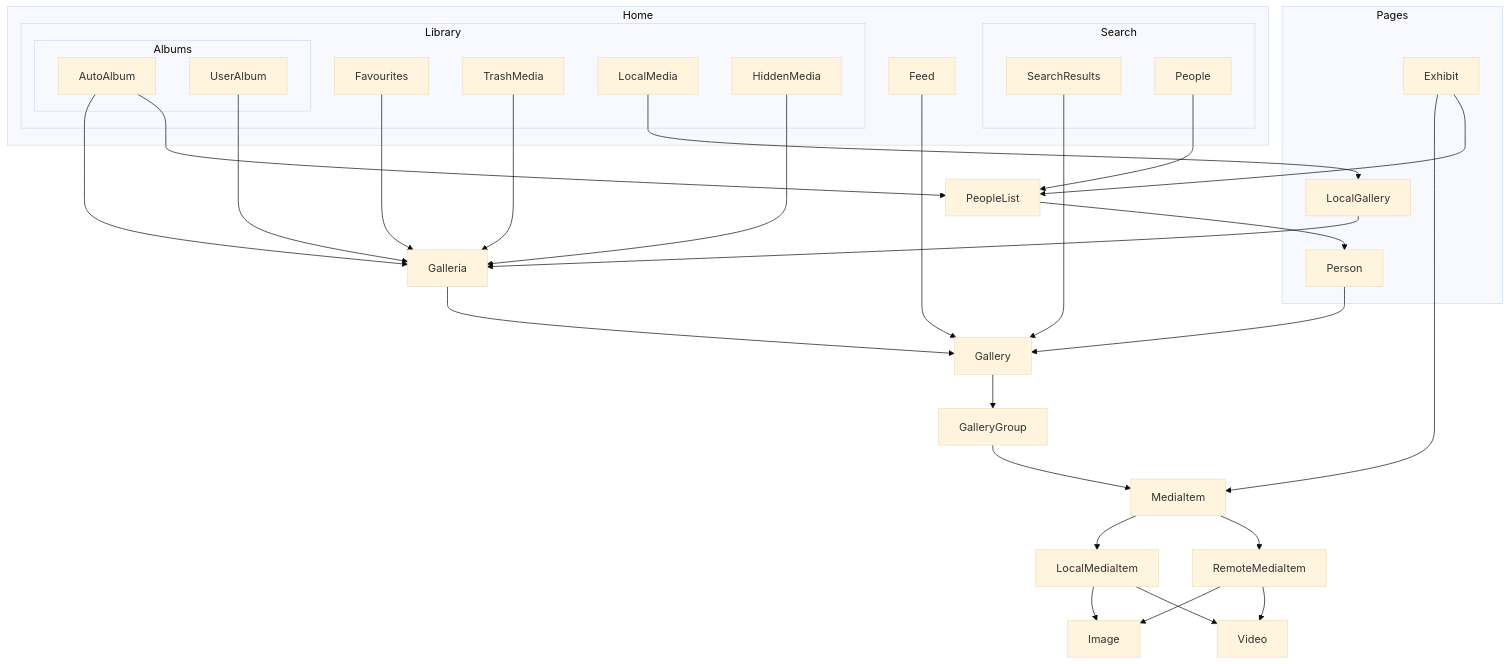
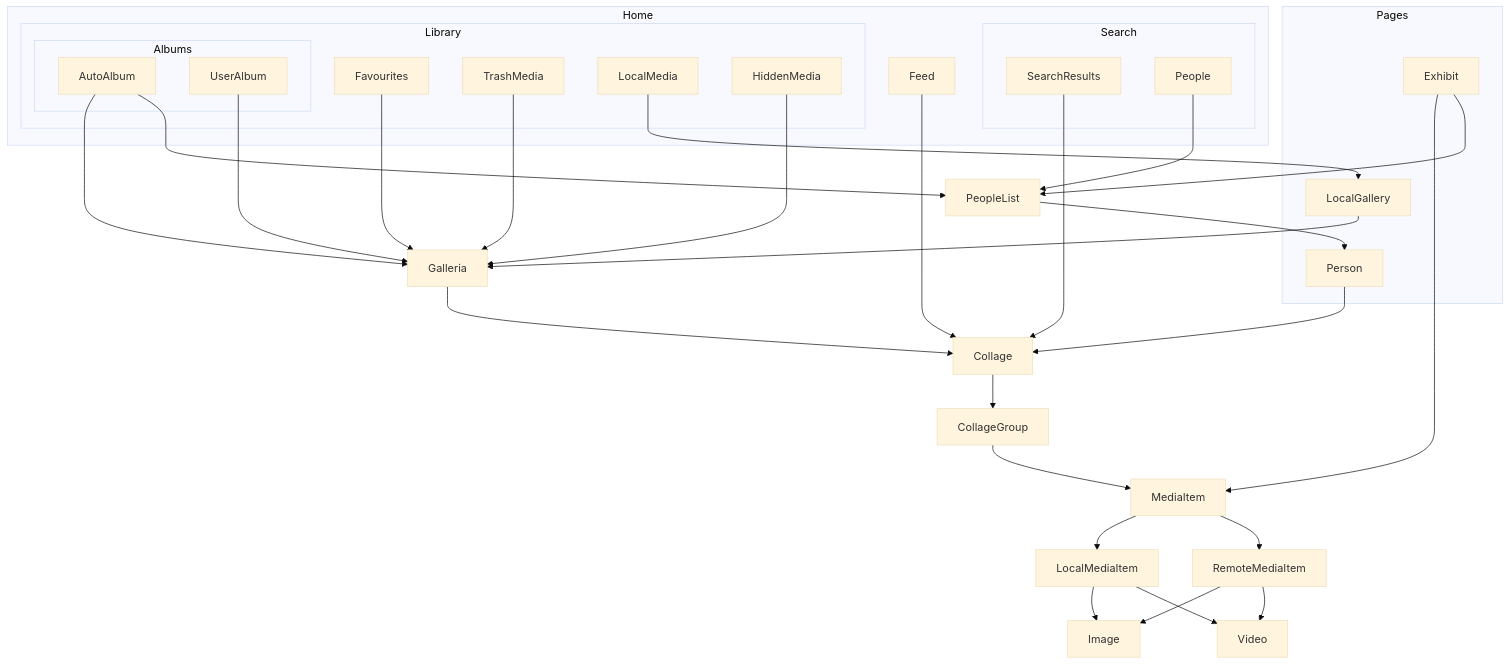
One commit to savvasdalkitsis/uhuruphotos-android changed the diagram in domain-model.md. Above: the diagram before and after it, drawn with Mermaid (base theme). The commit also changed 99 other files, not shown here.

Commit message:
Renaming gallery to collage

````diff
--- a/domain-model.md
+++ b/domain-model.md
@@ -5,58 +5,58 @@
 ```mermaid 
 graph TD;
 
-    Galleria-->Gallery
-    Gallery-->GalleryGroup
-    GalleryGroup-->MediaItem
+    Galleria-->Collage
+    Collage-->CollageGroup
+    CollageGroup-->MediaItem
     Exhibit-->MediaItem
     MediaItem-->LocalMediaItem
     MediaItem-->RemoteMediaItem
     LocalMediaItem-->Image
     LocalMediaItem-->Video
     RemoteMediaItem-->Image
     RemoteMediaItem-->Video
     AutoAlbum-->Galleria
     UserAlbum-->Galleria
     Favourites-->Galleria
     TrashMedia-->Galleria
     LocalMedia-->LocalGallery
     LocalGallery-->Galleria
     HiddenMedia-->Galleria
-    Person-->Gallery
-    SearchResults-->Gallery
-    Feed-->Gallery
+    Person-->Collage
+    SearchResults-->Collage
+    Feed-->Collage
     People-->PeopleList
     PeopleList-->Person
     Exhibit-->PeopleList
     AutoAlbum-->PeopleList
 
     subgraph Pages
         Person
         LocalGallery
         Exhibit
     end
 
     subgraph Search
         SearchResults
         People
     end
 
     subgraph Albums
         AutoAlbum
         UserAlbum
     end
 
     subgraph Library
         TrashMedia
         HiddenMedia
         Albums
         Favourites
         LocalMedia
     end
 
     subgraph Home
         Feed
         Search
         Library
     end
 ```
````
